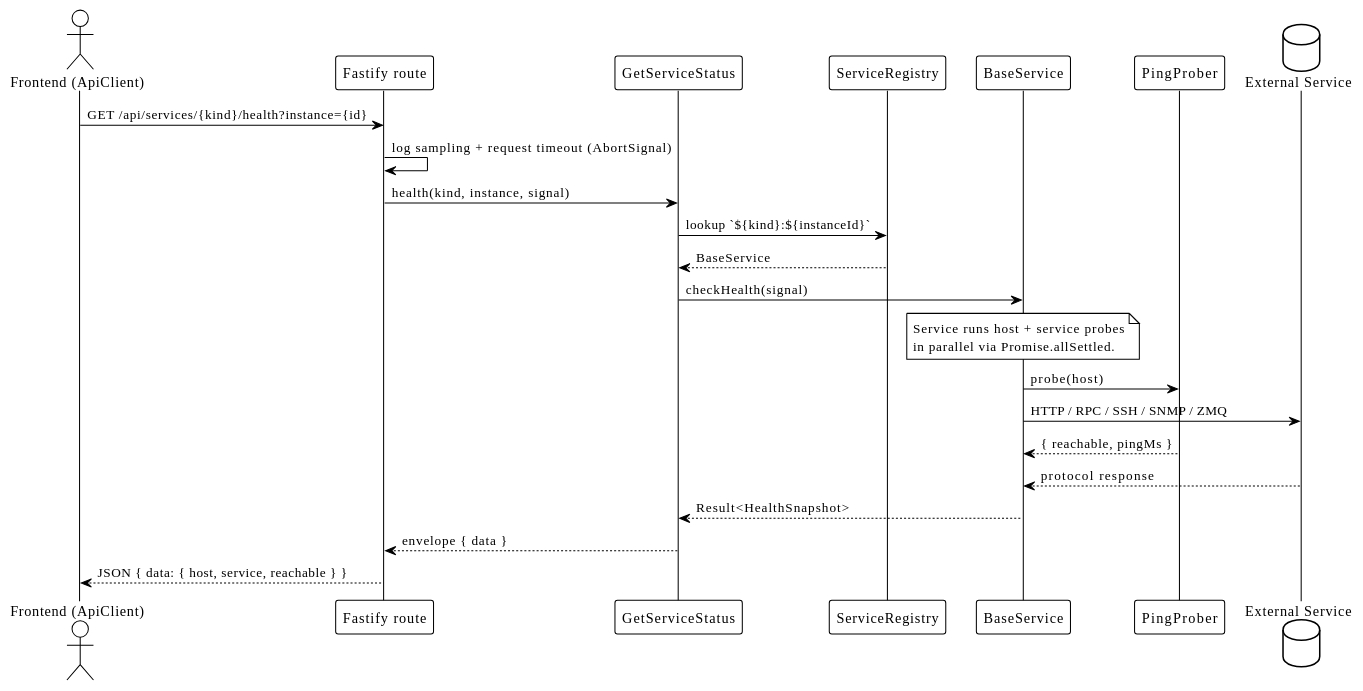
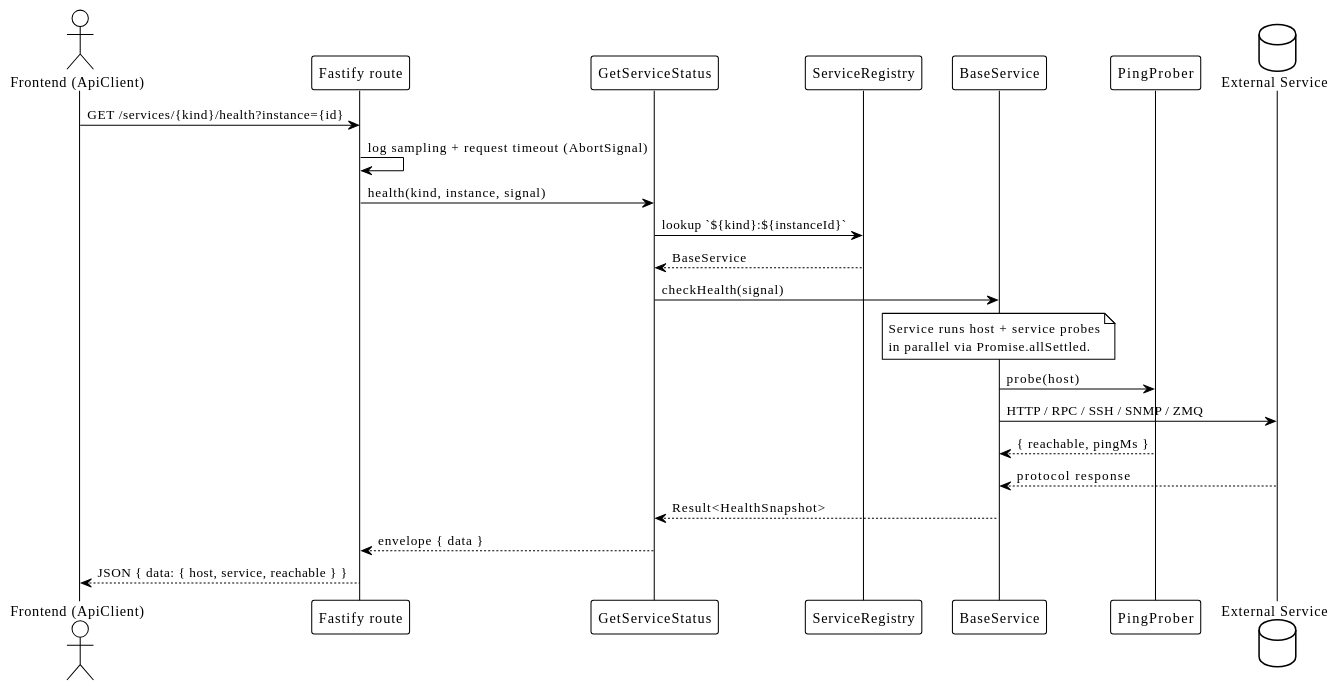
One commit to EraPartner/Watchman changed the second of 4 diagrams in docs/architecture/data-flow.md. Above: the diagram before and after it, drawn with PlantUML. The commit also changed other lines of this file and 32 other files, not shown here.

````diff
--- a/docs/architecture/data-flow.md
+++ b/docs/architecture/data-flow.md
@@ -190,33 +190,33 @@
 ```plantuml
 @startuml
 !theme plain
 
 actor "Frontend (ApiClient)" as FE
 participant "Fastify route" as API
 participant "GetServiceStatus" as App
 participant "ServiceRegistry" as Reg
 participant "BaseService" as Svc
 participant "PingProber" as Ping
 database "External Service" as ExtSvc
 
-FE -> API : GET /api/services/{kind}/health?instance={id}
+FE -> API : GET /services/{kind}/health?instance={id}
 API -> API : log sampling + request timeout (AbortSignal)
 API -> App : health(kind, instance, signal)
 App -> Reg : lookup `${kind}:${instanceId}`
 Reg --> App : BaseService
 App -> Svc : checkHealth(signal)
 
 note over Svc
   Service runs host + service probes
   in parallel via Promise.allSettled.
 end note
 
 Svc -> Ping : probe(host)
 Svc -> ExtSvc : HTTP / RPC / SSH / SNMP / ZMQ
 Ping --> Svc : { reachable, pingMs }
 ExtSvc --> Svc : protocol response
 Svc --> App : Result<HealthSnapshot>
 App --> API : envelope { data }
 API --> FE : JSON { data: { host, service, reachable } }
 @enduml
 ```
````
